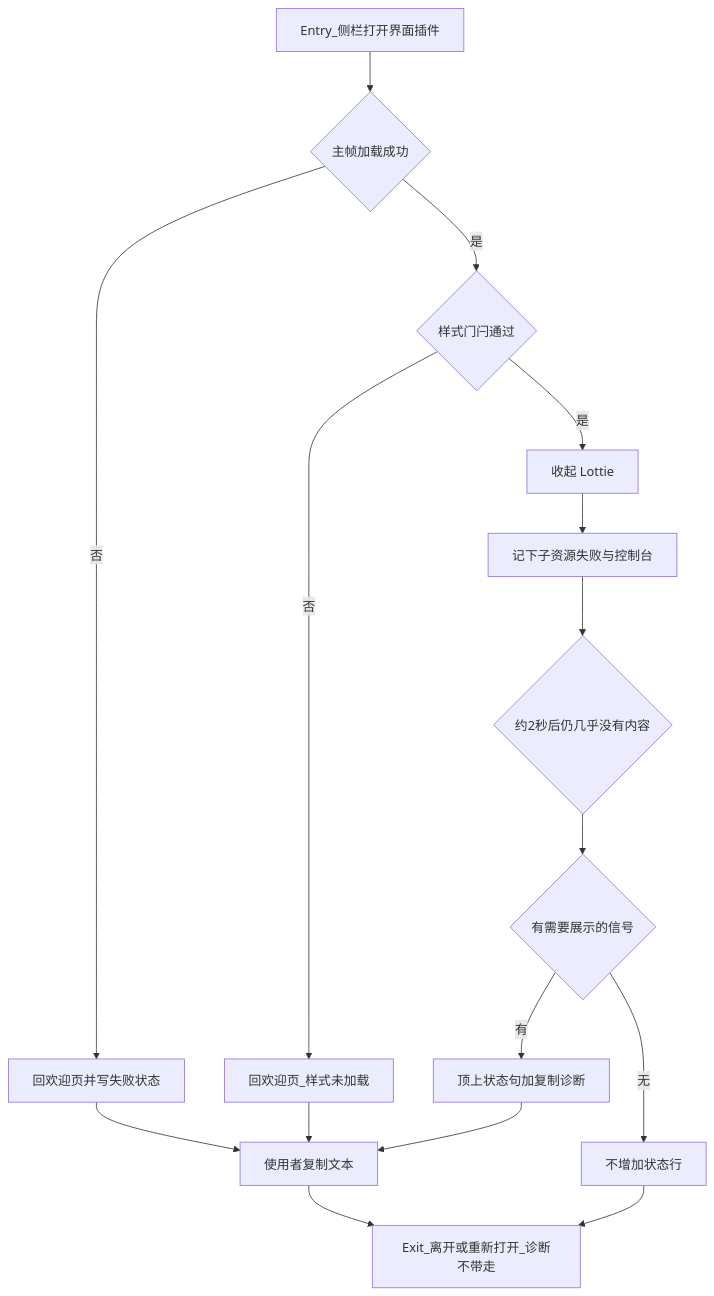
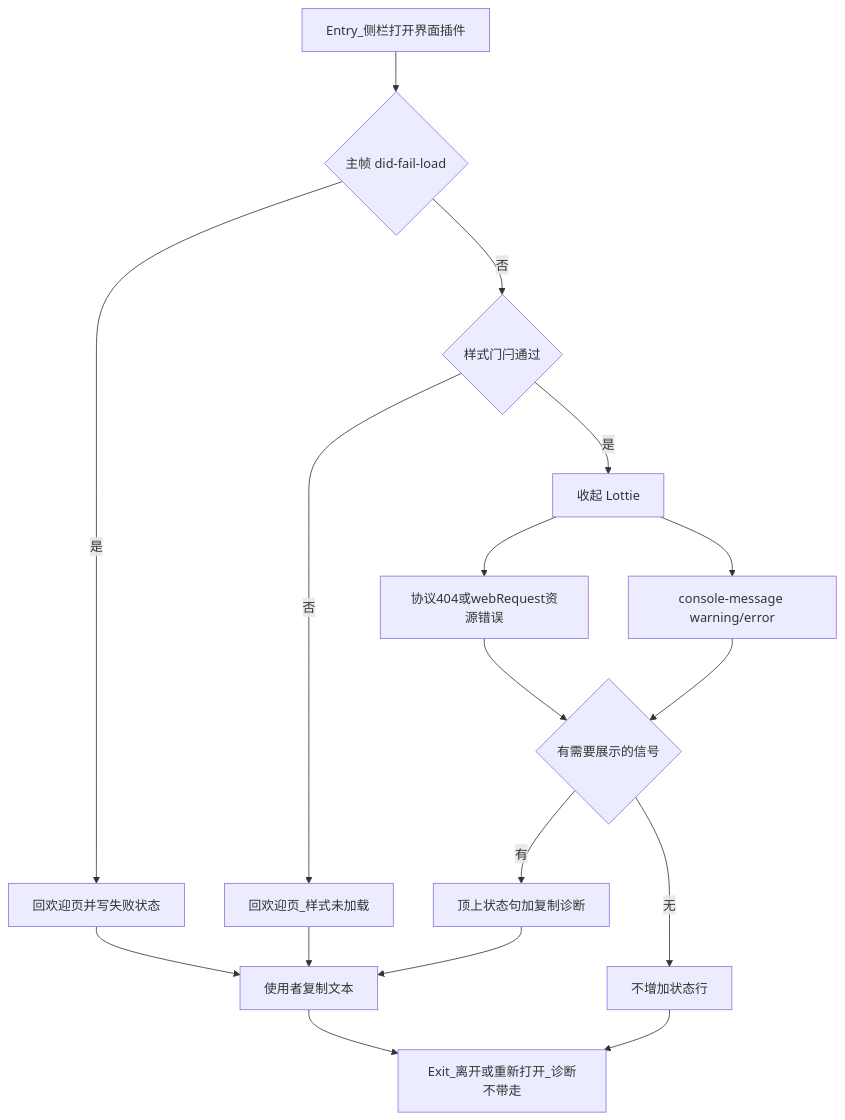
The first of 2 diagrams in specs/prds/prd-00022-plugin-page-diagnostics.md (0x00pluto/hy-evo-harness), drawn with Mermaid before and after one commit. The commit also changed other lines of this file and 1 other file, not shown here.

````diff
--- a/specs/prds/prd-00022-plugin-page-diagnostics.md
+++ b/specs/prds/prd-00022-plugin-page-diagnostics.md
@@ -191,32 +203,33 @@
 ```mermaid
 flowchart TD
   entryNode["Entry_侧栏打开界面插件"]
-  mainFrame{"主帧加载成功"}
+  mainFrame{"主帧 did-fail-load"}
   welcomeFail["回欢迎页并写失败状态"]
   styleGate{"样式门闩通过"}
   welcomeStyle["回欢迎页_样式未加载"]
   hideLottie["收起 Lottie"]
-  collect["记下子资源失败与控制台"]
-  probe{"约2秒后仍几乎没有内容"}
+  assetFail["协议404或webRequest资源错误"]
+  consoleMsg["console-message warning/error"]
   decide{"有需要展示的信号"}
   statusRow["顶上状态句加复制诊断"]
   quiet["不增加状态行"]
   copy["使用者复制文本"]
   exitNode["Exit_离开或重新打开_诊断不带走"]
 
   entryNode --> mainFrame
-  mainFrame -->|否| welcomeFail
+  mainFrame -->|是| welcomeFail
   welcomeFail --> copy
-  mainFrame -->|是| styleGate
+  mainFrame -->|否| styleGate
   styleGate -->|否| welcomeStyle
   welcomeStyle --> copy
   styleGate -->|是| hideLottie
-  hideLottie --> collect
-  collect --> probe
-  probe --> decide
+  hideLottie --> assetFail
+  hideLottie --> consoleMsg
+  assetFail --> decide
+  consoleMsg --> decide
   decide -->|有| statusRow
   decide -->|无| quiet
   statusRow --> copy
   copy --> exitNode
   quiet --> exitNode
 ```
````
